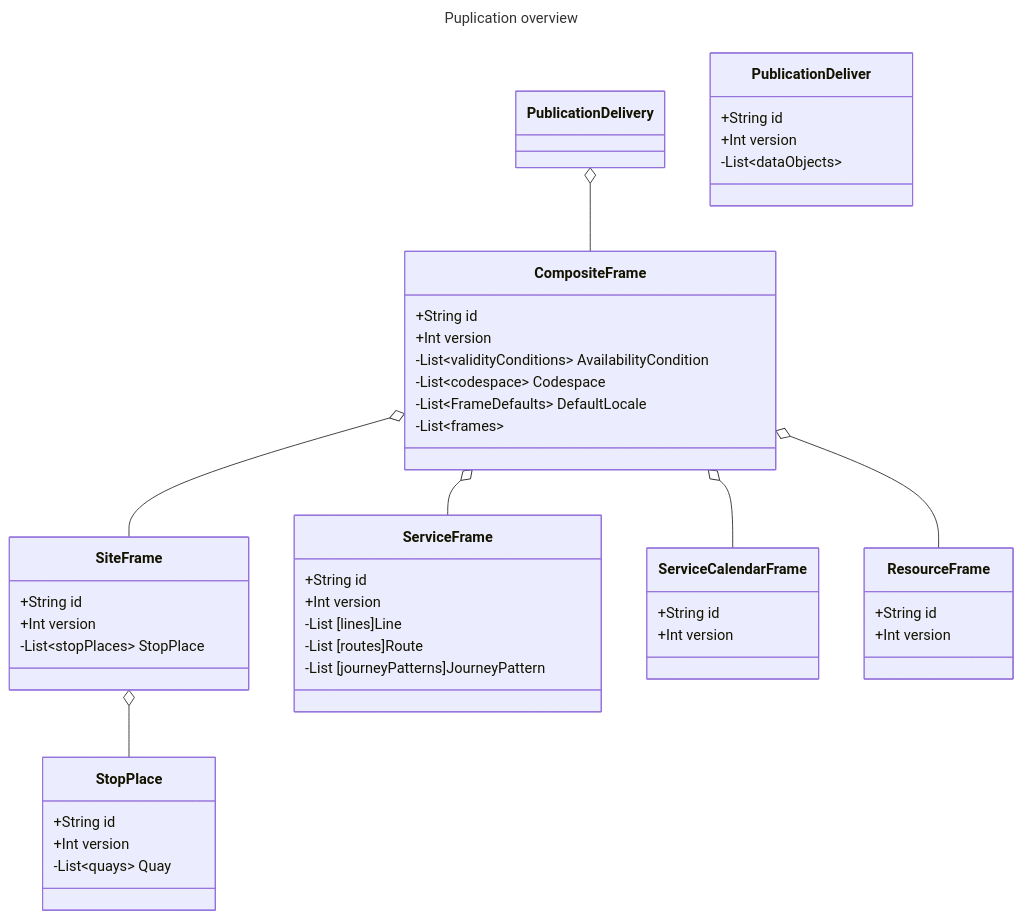
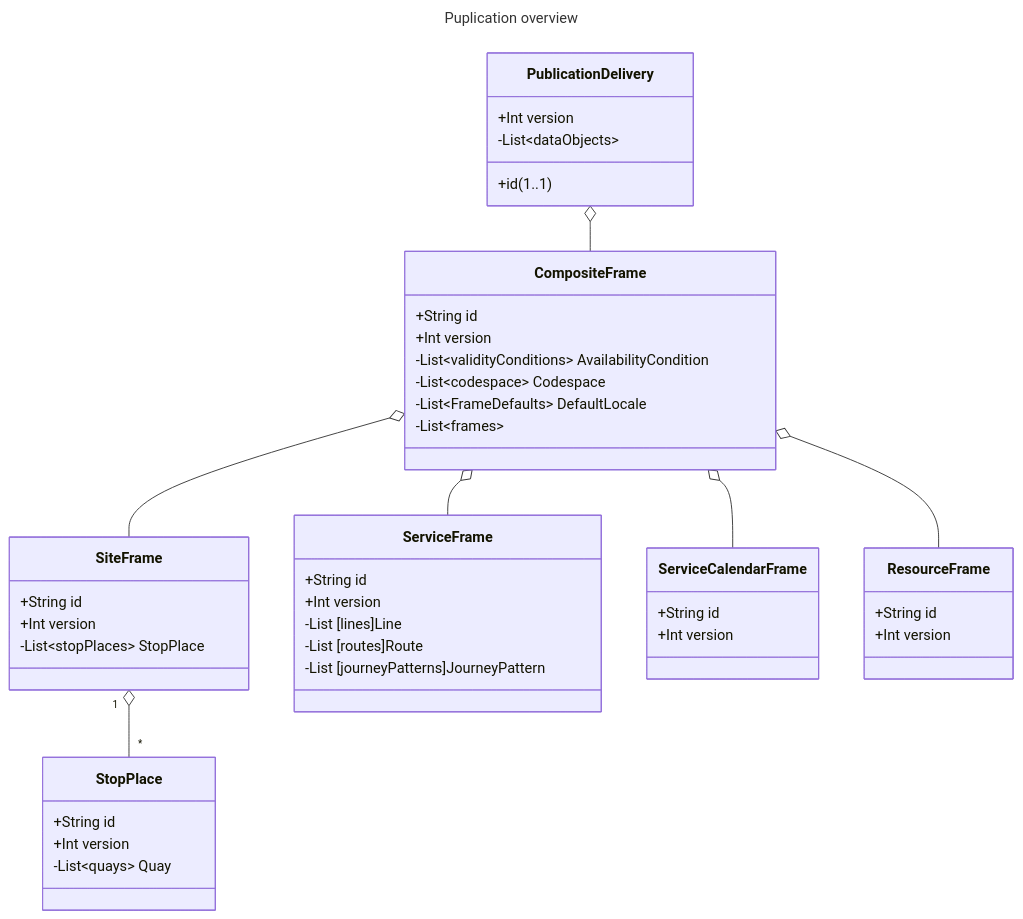
One commit to hfjelstad/Profile-Documentation changed the diagram in 04-Guides/Timetable_DatedServiceJourney_V2.md. Above: the diagram before and after it, drawn with Mermaid. The commit also changed other lines of this file, not shown here.

````diff
--- a/04-Guides/Timetable_DatedServiceJourney_V2.md
+++ b/04-Guides/Timetable_DatedServiceJourney_V2.md
@@ -82,53 +10,53 @@
 ```mermaid
 ---
 title: Puplication overview 
 ---
 
 classDiagram
     PublicationDelivery o-- CompositeFrame
-    class PublicationDeliver{
-        +String id
+    class PublicationDelivery{
+        +id (1..1)
         +Int version
         -List~dataObjects~ 
     }
     class CompositeFrame{
         +String id
         +Int version
         -List~validityConditions~ AvailabilityCondition
         -List~codespace~ Codespace
         -List~FrameDefaults~ DefaultLocale
         -List~frames~
     }
     click CompositeFrame href "https://github.com/hfjelstad/Profile-Documentation/blob/main/01-Frames/CompositeFrame.md"
     CompositeFrame o-- SiteFrame
     class SiteFrame{
         +String id
         +Int version
         -List~stopPlaces~ StopPlace
     }
-    SiteFrame o-- StopPlace
+    SiteFrame "1" o-- "*" StopPlace
     class StopPlace{
         +String id
         +Int version
         -List~quays~ Quay
     }
     CompositeFrame o-- ServiceFrame
     class ServiceFrame{
         +String id
         +Int version
         -List [lines]Line
         -List [routes]Route
         -List [journeyPatterns]JourneyPattern
     }
     CompositeFrame o-- ServiceCalendarFrame
     class  ServiceCalendarFrame{
         +String id
         +Int version
     }
     CompositeFrame o-- ResourceFrame
     class  ResourceFrame{
         +String id
         +Int version
     }
 
 ```
````
